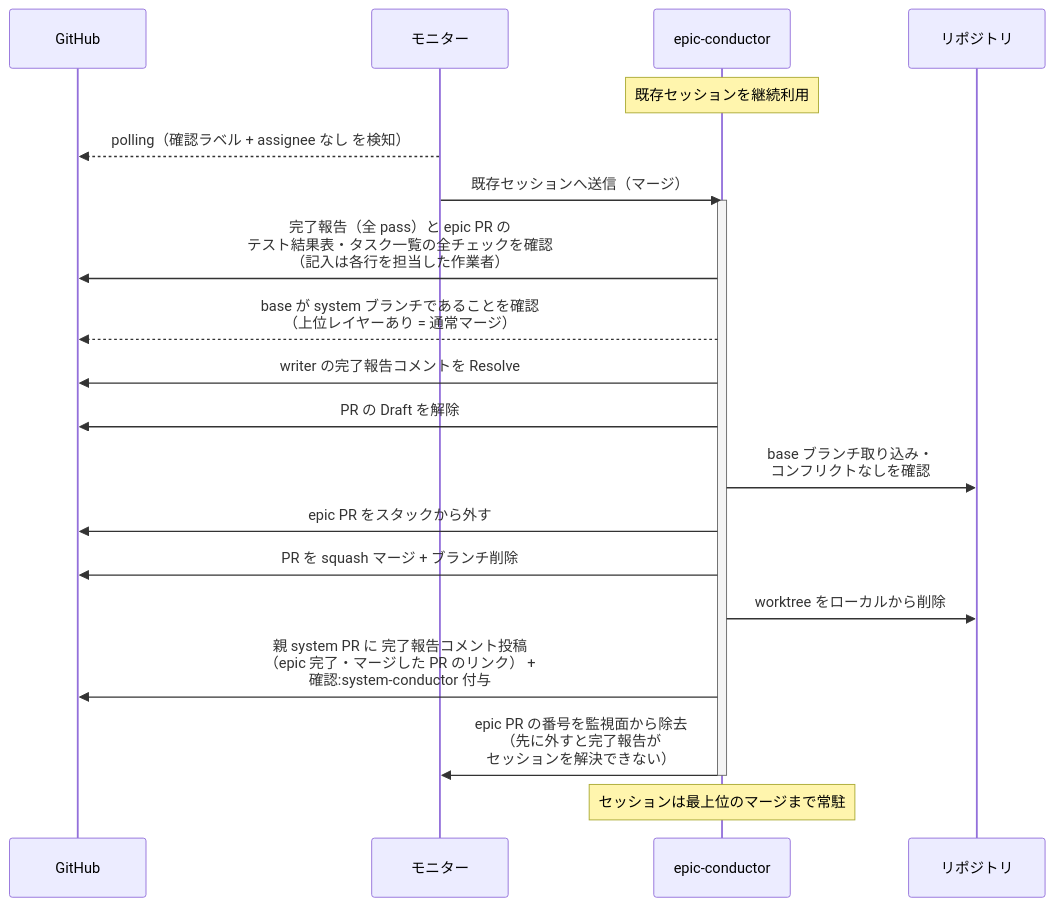
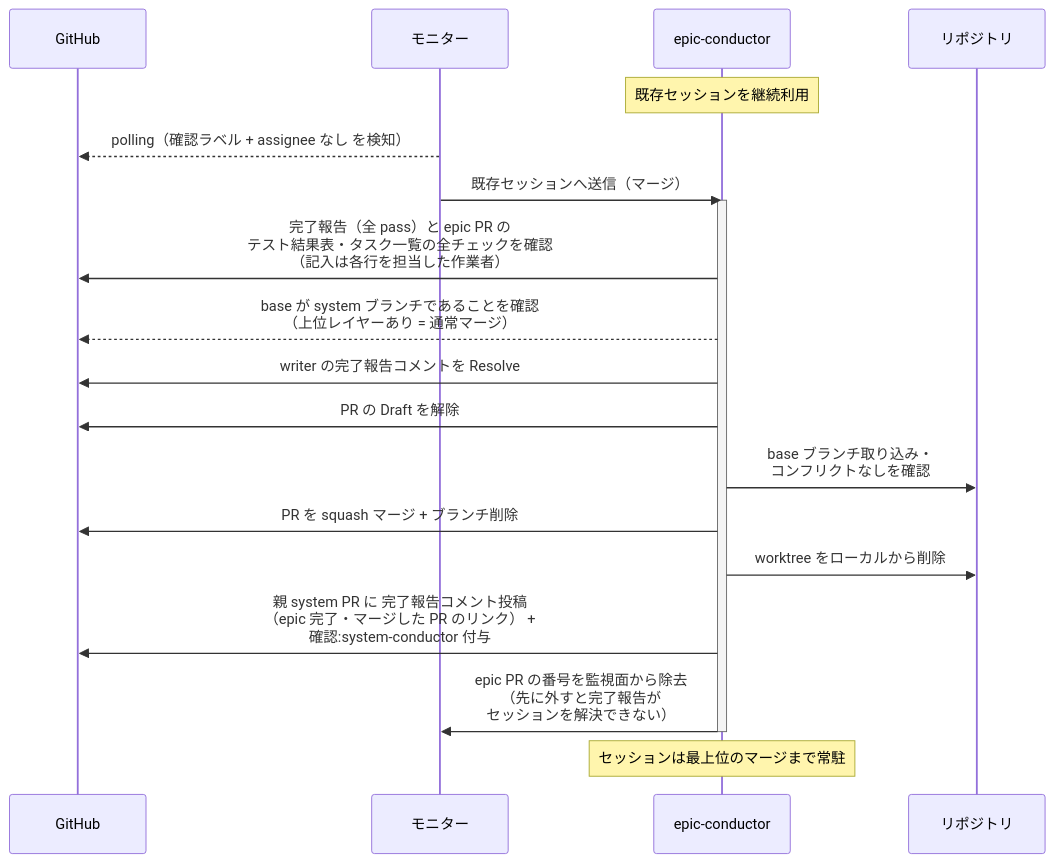
The fifth of 7 diagrams in docs/wiki/設計図/シナリオ/単一ユースケース/マージ.md (shuhei1101/ai-monitor), drawn with Mermaid before and after one commit. The commit also changed other lines of this file and 108 other files, not shown here.

````diff
--- a/docs/wiki/設計図/シナリオ/単一ユースケース/マージ.md
+++ b/docs/wiki/設計図/シナリオ/単一ユースケース/マージ.md
@@ -220,24 +215,23 @@
 ```mermaid
 sequenceDiagram
   participant GH as GitHub
   participant ORC as モニター
   participant MON as epic-conductor
   participant REPO as リポジトリ
 
   Note over MON: 既存セッションを継続利用
   ORC-->>GH: polling（確認ラベル + assignee なし を検知）
   ORC->>MON: 既存セッションへ送信（マージ）
   activate MON
   MON->>GH: 完了報告（全 pass）と epic PR の<br>テスト結果表・タスク一覧の全チェックを確認<br>（記入は各行を担当した作業者）
   MON-->>GH: base が system ブランチであることを確認<br>（上位レイヤーあり = 通常マージ）
   MON->>GH: writer の完了報告コメントを Resolve
   MON->>GH: PR の Draft を解除
   MON->>REPO: base ブランチ取り込み・<br>コンフリクトなしを確認
-  MON->>GH: epic PR をスタックから外す
   MON->>GH: PR を squash マージ + ブランチ削除
   MON->>REPO: worktree をローカルから削除
   MON->>GH: 親 system PR に 完了報告コメント投稿<br>（epic 完了・マージした PR のリンク） +<br>確認:system-conductor 付与
   MON->>ORC: epic PR の番号を監視面から除去<br>（先に外すと完了報告が<br>セッションを解決できない）
   deactivate MON
   Note over MON: セッションは最上位のマージまで常駐
 ```
````
